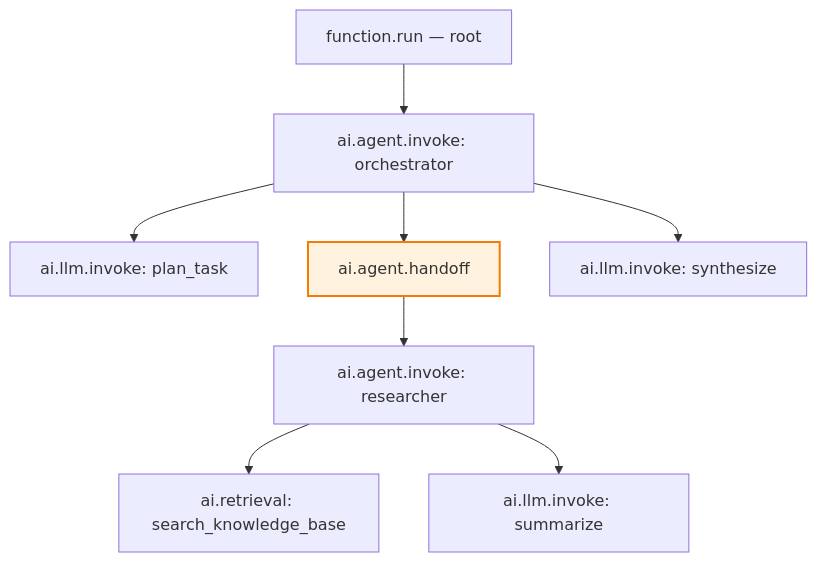
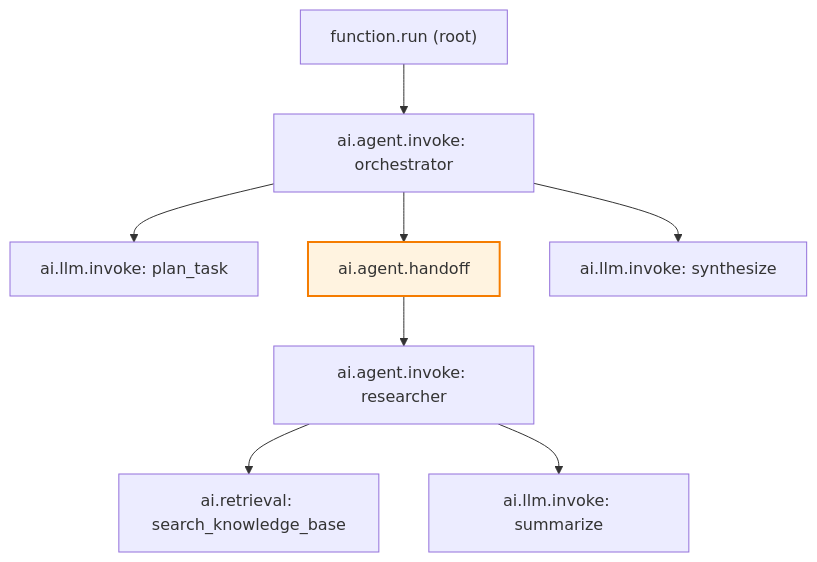
Before and after one commit to rhesis-ai/rhesis: the diagram in docs/content/guides/telemetry-configuration/decorators.mdx, drawn with Mermaid. The commit also changed other lines of this file and 5 other files, not shown here.

````diff
--- a/docs/content/guides/telemetry-configuration/decorators.mdx
+++ b/docs/content/guides/telemetry-configuration/decorators.mdx
@@ -122,12 +122,12 @@
 ```mermaid
 graph TD
-    A[function.run — root] --> B[ai.agent.invoke: orchestrator]
+    A["function.run (root)"] --> B[ai.agent.invoke: orchestrator]
     B --> C[ai.llm.invoke: plan_task]
     B --> D[ai.agent.handoff]
     D --> E[ai.agent.invoke: researcher]
     E --> F[ai.retrieval: search_knowledge_base]
     E --> G[ai.llm.invoke: summarize]
     B --> H[ai.llm.invoke: synthesize]
 
     style D fill:#fff3e0,stroke:#f57c00,stroke-width:2px
 ```
````
